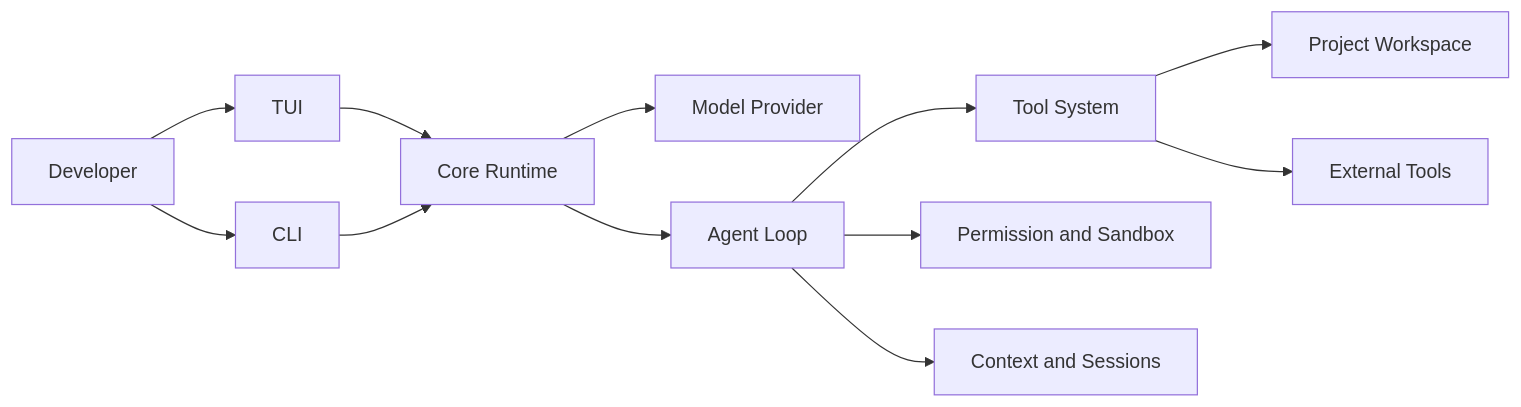
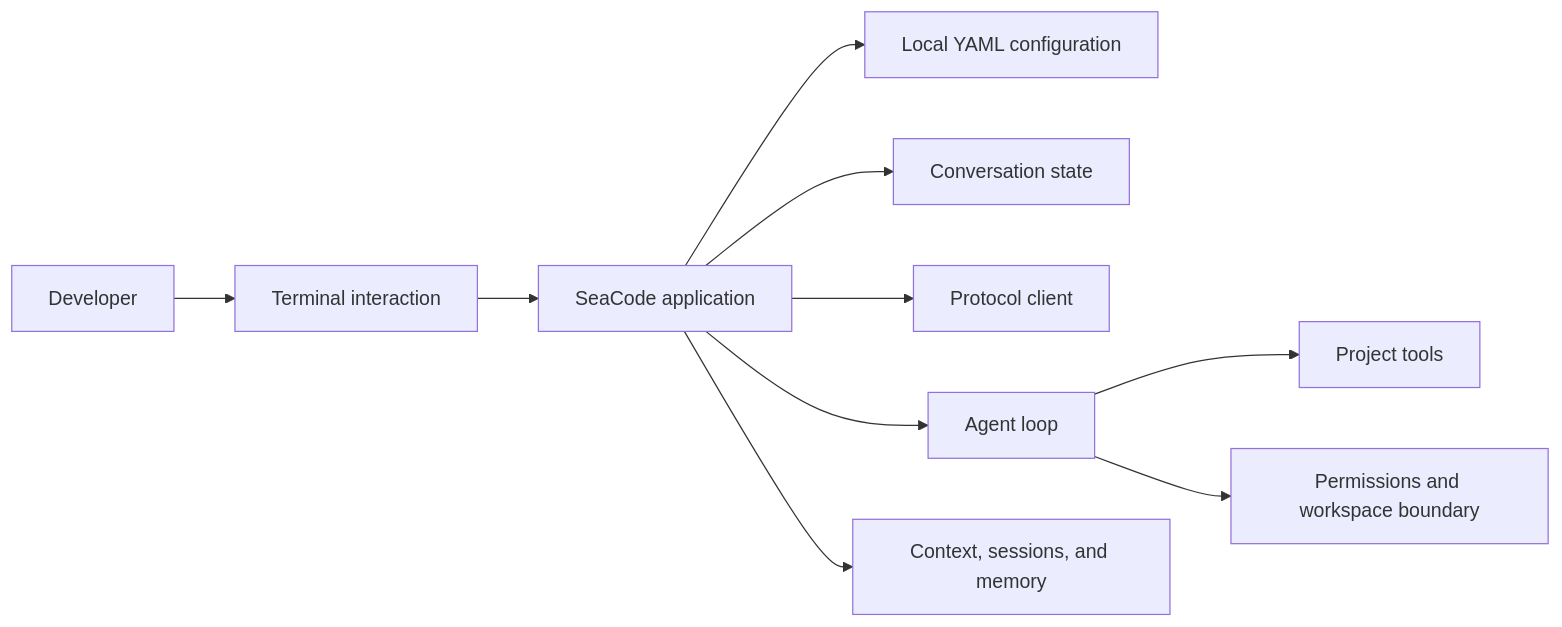
The diagram in docs-en/PRD-SeaCode.md (seaFall98/SeaCode), drawn with Mermaid before and after one commit. The commit also changed other lines of this file and 26 other files, not shown here.

Commit message:
feat: add provider conversation tui

````diff
--- a/docs-en/PRD-SeaCode.md
+++ b/docs-en/PRD-SeaCode.md
@@ -59,14 +38,12 @@
 ```mermaid
 flowchart LR
-    User[Developer] --> TUI[TUI]
-    User --> CLI[CLI]
-    TUI --> Runtime[Core Runtime]
-    CLI --> Runtime
-    Runtime --> Provider[Model Provider]
-    Runtime --> Loop[Agent Loop]
-    Loop --> Tools[Tool System]
-    Loop --> Policy[Permission and Sandbox]
-    Loop --> Context[Context and Sessions]
-    Tools --> Workspace[Project Workspace]
-    Tools --> External[External Tools]
+    User[Developer] --> TUI[Terminal interaction]
+    TUI --> App[SeaCode application]
+    App --> Config[Local YAML configuration]
+    App --> Conversation[Conversation state]
+    App --> Provider[Protocol client]
+    App --> Loop[Agent loop]
+    Loop --> Tools[Project tools]
+    Loop --> Guard[Permissions and workspace boundary]
+    App --> State[Context, sessions, and memory]
 ```
````
